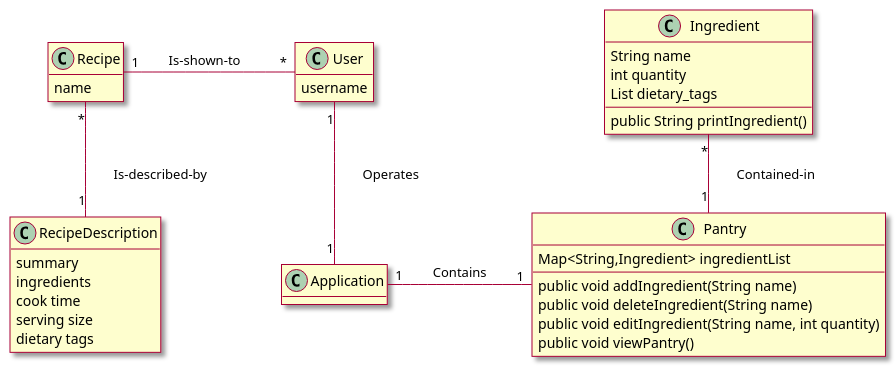
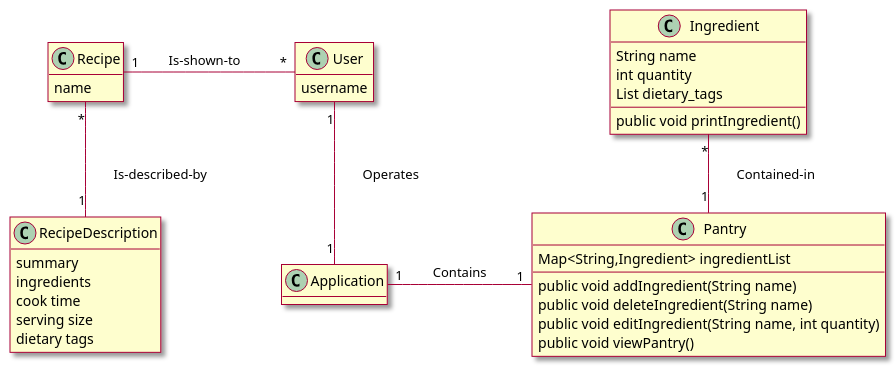
One commit to berthashipper/Pantry-Pal-Android-Application changed the diagram in intellij/doc/class_diagram.md. Above: the diagram before and after it, drawn with PlantUML. The commit also changed 4 other files, not shown here.

````diff
--- a/intellij/doc/class_diagram.md
+++ b/intellij/doc/class_diagram.md
@@ -1,59 +1,59 @@
 ```plantuml
 @startuml
 
 skin rose
 
 hide empty methods
 ' classes
 
 class Pantry{
  Map<String,Ingredient> ingredientList
  --
  public void addIngredient(String name)
  public void deleteIngredient(String name)
  public void editIngredient(String name, int quantity)
  public void viewPantry()
 }
 
 class Recipe{
  name
 }
 
 class RecipeDescription{
  summary
  ingredients
  cook time
  serving size
  dietary tags
 }
 
 class Ingredient{
  String name
  int quantity
  List dietary_tags
  __
- public String printIngredient()
+ public void printIngredient()
 }
 
 
 class Application{
 
 }
 
 class User{
  username
 }
 
 
 ' associations
  User "1" -down- "1" Application : \tOperates\t\t
 Application "1" -right- "1" Pantry : \tContains\t\t
 Pantry "1" -up- "*" Ingredient : \tContained-in\t\t
 Recipe "*" -down- "1" RecipeDescription : \tIs-described-by\t\t
 User "*" -left- "1" Recipe : \tIs-shown-to\t\t
 
 
 
 
 @enduml
 ```
````
